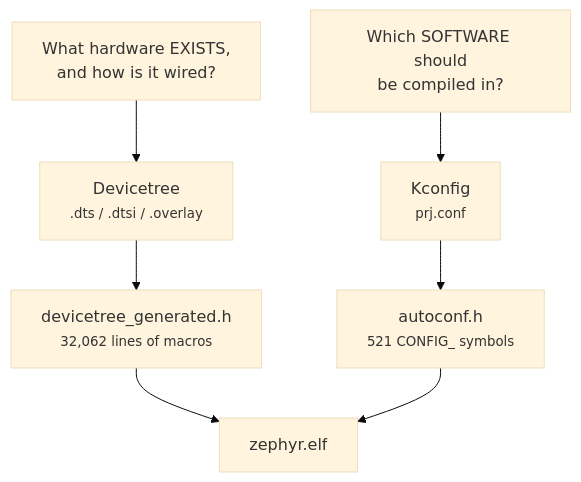
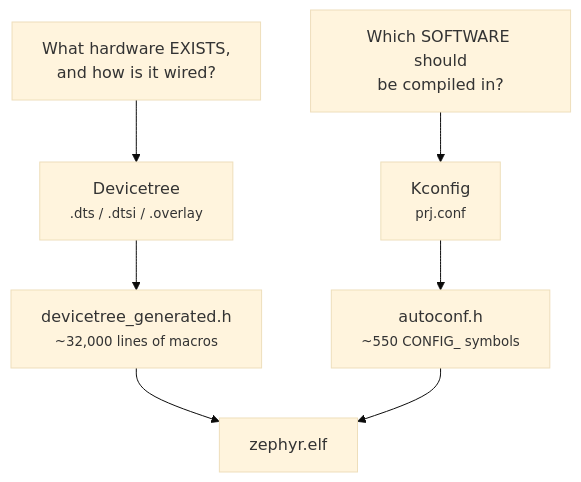
Before and after one commit to jim-wyatt/two-computers-one-board: the diagram in docs/learn/how-the-build-knows-your-hardware.md, drawn with Mermaid (base theme). The commit also changed other lines of this file and 5 other files, not shown here.

````diff
--- a/docs/learn/how-the-build-knows-your-hardware.md
+++ b/docs/learn/how-the-build-knows-your-hardware.md
@@ -19,9 +38,9 @@
 ```mermaid
 flowchart TD
   Q1["What hardware EXISTS,<br/>and how is it wired?"] --> DT["Devicetree<br/><small>.dts / .dtsi / .overlay</small>"]
   Q2["Which SOFTWARE should<br/>be compiled in?"] --> KC["Kconfig<br/><small>prj.conf</small>"]
-  DT --> GEN["devicetree_generated.h<br/><small>32,062 lines of macros</small>"]
-  KC --> AC["autoconf.h<br/><small>521 CONFIG_ symbols</small>"]
+  DT --> GEN["devicetree_generated.h<br/><small>~32,000 lines of macros</small>"]
+  KC --> AC["autoconf.h<br/><small>~550 CONFIG_ symbols</small>"]
   GEN --> BIN["zephyr.elf"]
   AC --> BIN
 ```
````
